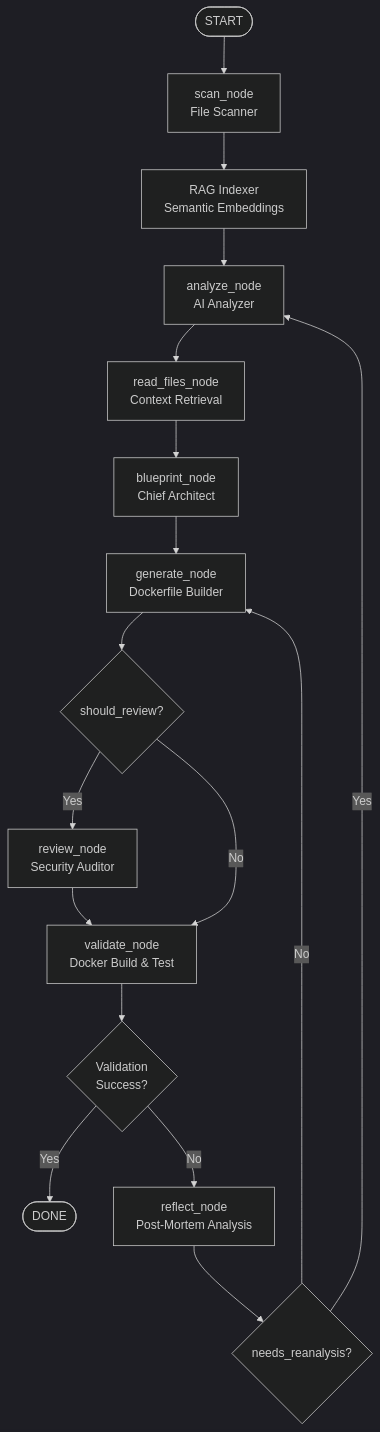
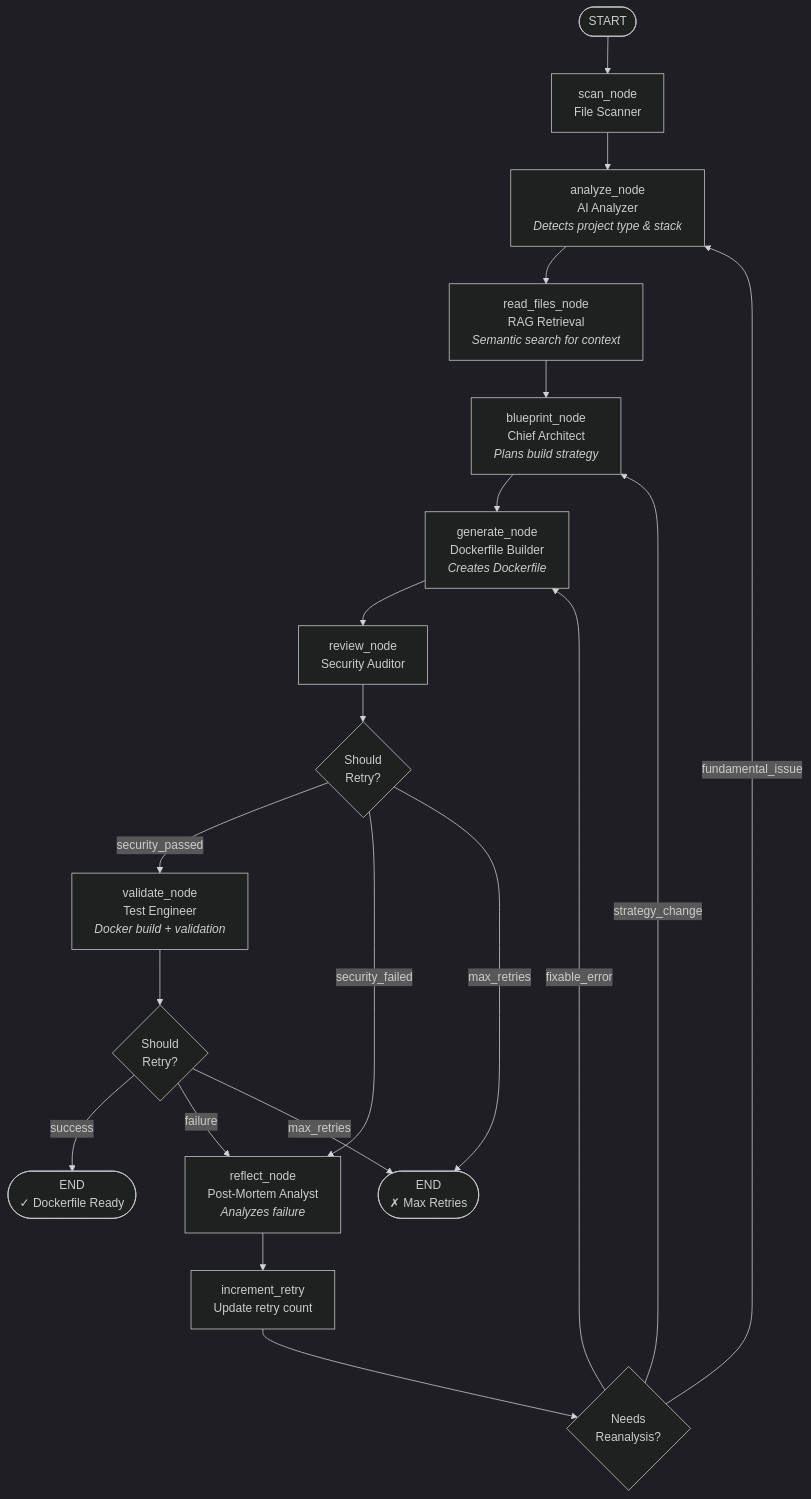
The diagram in README.md (actions-marketplace-validations/itzzjb_dockai), drawn with Mermaid (dark theme) before and after one commit. The commit also changed 1 other file, not shown here.

Commit message:
docs: update system flowcharts to detail retry mechanisms, reanalysis paths, and node descriptions.

````diff
--- a/README.md
+++ b/README.md
@@ -57,19 +57,26 @@
 ```mermaid
 flowchart TD
     Start([START]) --> Scan[scan_node<br/>File Scanner]
-    Scan --> RAG[RAG Indexer<br/>Semantic Embeddings]
-    RAG --> Analyze[analyze_node<br/>AI Analyzer]
-    Analyze --> Read[read_files_node<br/>Context Retrieval]
-    Read --> Blueprint[blueprint_node<br/>Chief Architect]
-    Blueprint --> Generate[generate_node<br/>Dockerfile Builder]
-    Generate --> Review{should_review?}
-    Review -->|Yes| ReviewNode[review_node<br/>Security Auditor]
-    Review -->|No| Validate
-    ReviewNode --> Validate[validate_node<br/>Docker Build & Test]
-    Validate --> Success{Validation<br/>Success?}
-    Success -->|Yes| Done([DONE])
-    Success -->|No| Reflect[reflect_node<br/>Post-Mortem Analysis]
-    Reflect --> Decision{needs_reanalysis?}
-    Decision -->|Yes| Analyze
-    Decision -->|No| Generate
+    Scan --> Analyze[analyze_node<br/>AI Analyzer<br/><i>Detects project type & stack</i>]
+    Analyze --> ReadFiles[read_files_node<br/>RAG Retrieval<br/><i>Semantic search for context</i>]
+    ReadFiles --> Blueprint[blueprint_node<br/>Chief Architect<br/><i>Plans build strategy</i>]
+    Blueprint --> Generate[generate_node<br/>Dockerfile Builder<br/><i>Creates Dockerfile</i>]
+    
+    Generate --> Review[review_node<br/>Security Auditor]
+    
+    Review --> ShouldRetryReview{Should<br/>Retry?}
+    ShouldRetryReview -->|security_passed| Validate
+    ShouldRetryReview -->|security_failed| Reflect
+    ShouldRetryReview -->|max_retries| Stop([END<br/>✗ Max Retries])
+    
+    Validate[validate_node<br/>Test Engineer<br/><i>Docker build + validation</i>] --> ShouldRetry{Should<br/>Retry?}
+    ShouldRetry -->|success| End([END<br/>✓ Dockerfile Ready])
+    ShouldRetry -->|failure| Reflect[reflect_node<br/>Post-Mortem Analyst<br/><i>Analyzes failure</i>]
+    ShouldRetry -->|max_retries| Stop
+    
+    Reflect --> Increment[increment_retry<br/>Update retry count]
+    Increment --> NeedsReanalysis{Needs<br/>Reanalysis?}
+    NeedsReanalysis -->|fundamental_issue| Analyze
+    NeedsReanalysis -->|strategy_change| Blueprint
+    NeedsReanalysis -->|fixable_error| Generate
 ```
````
